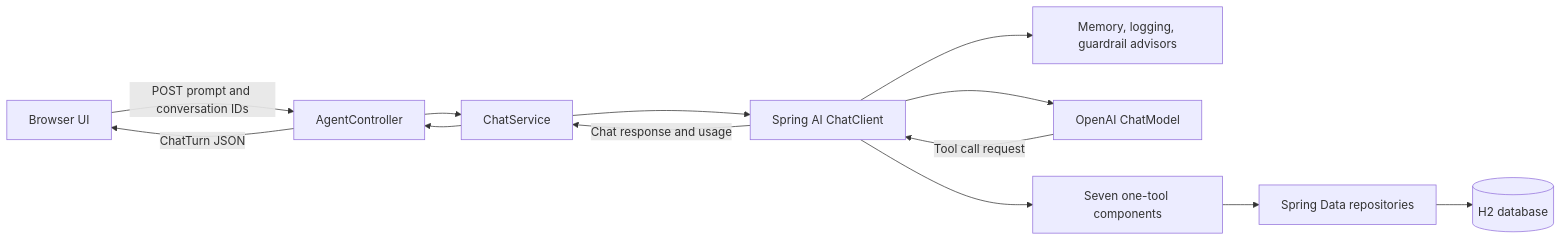
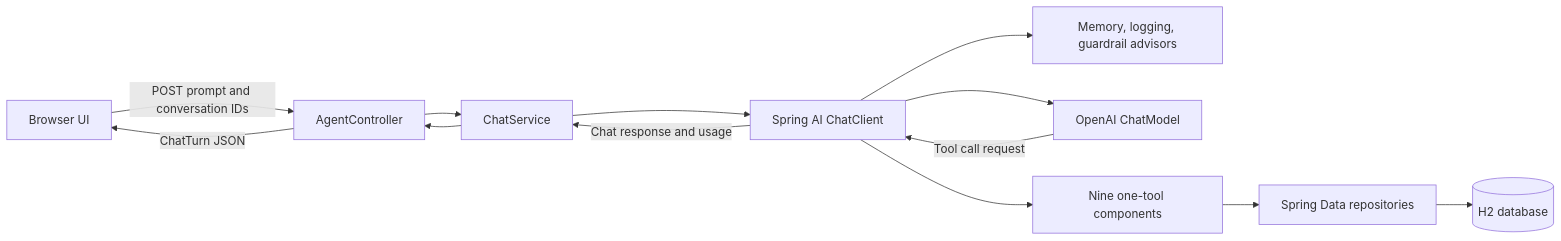
The diagram in README.md (wagner-wutzke/expenses-agent), drawn with Mermaid before and after one commit. The commit also changed other lines of this file and 17 other files, not shown here.

````diff
--- a/README.md
+++ b/README.md
@@ -21,15 +22,15 @@
 ```mermaid
 flowchart LR
     Browser[Browser UI] -->|POST prompt and conversation IDs| Controller[AgentController]
     Controller --> Service[ChatService]
     Service --> Client[Spring AI ChatClient]
     Client --> Advisors[Memory, logging, guardrail advisors]
     Client --> Model[OpenAI ChatModel]
     Model -->|Tool call request| Client
-    Client --> Tools[Seven one-tool components]
+    Client --> Tools[Nine one-tool components]
     Tools --> Repositories[Spring Data repositories]
     Repositories --> Database[(H2 database)]
     Client -->|Chat response and usage| Service
     Service --> Controller
     Controller -->|ChatTurn JSON| Browser
 ```
````
